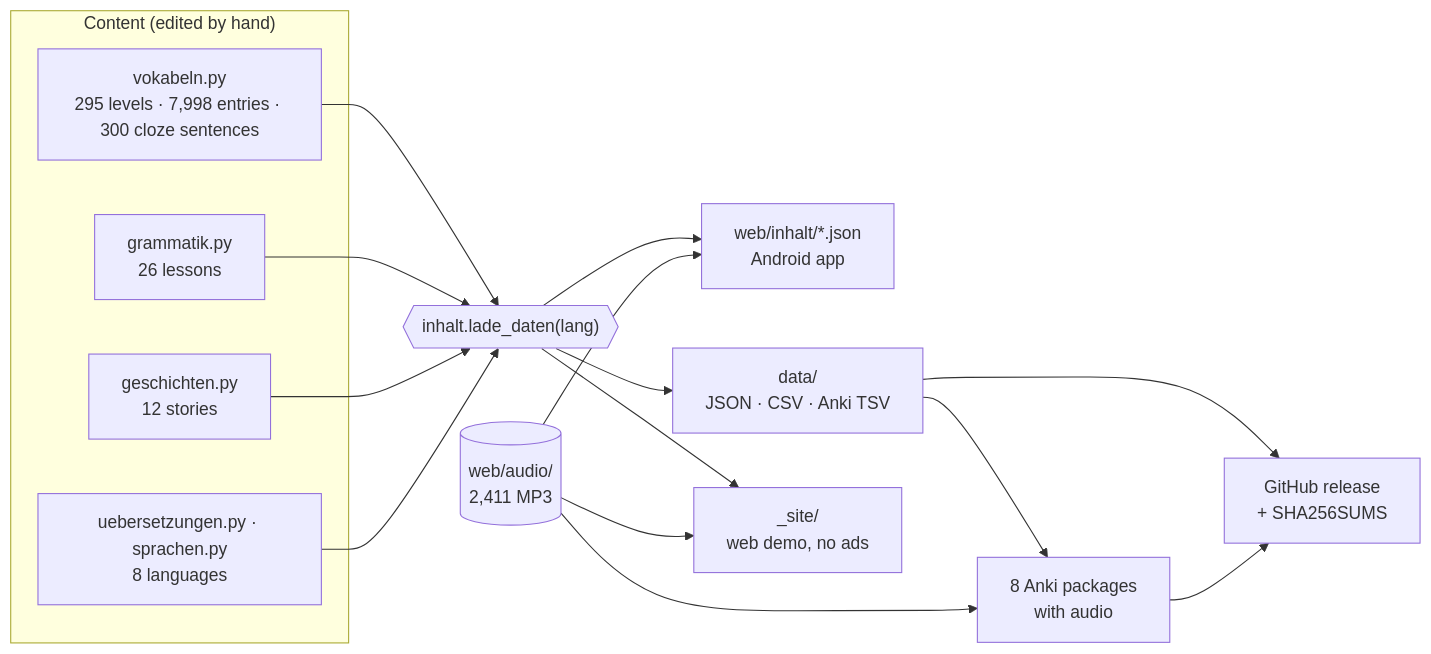
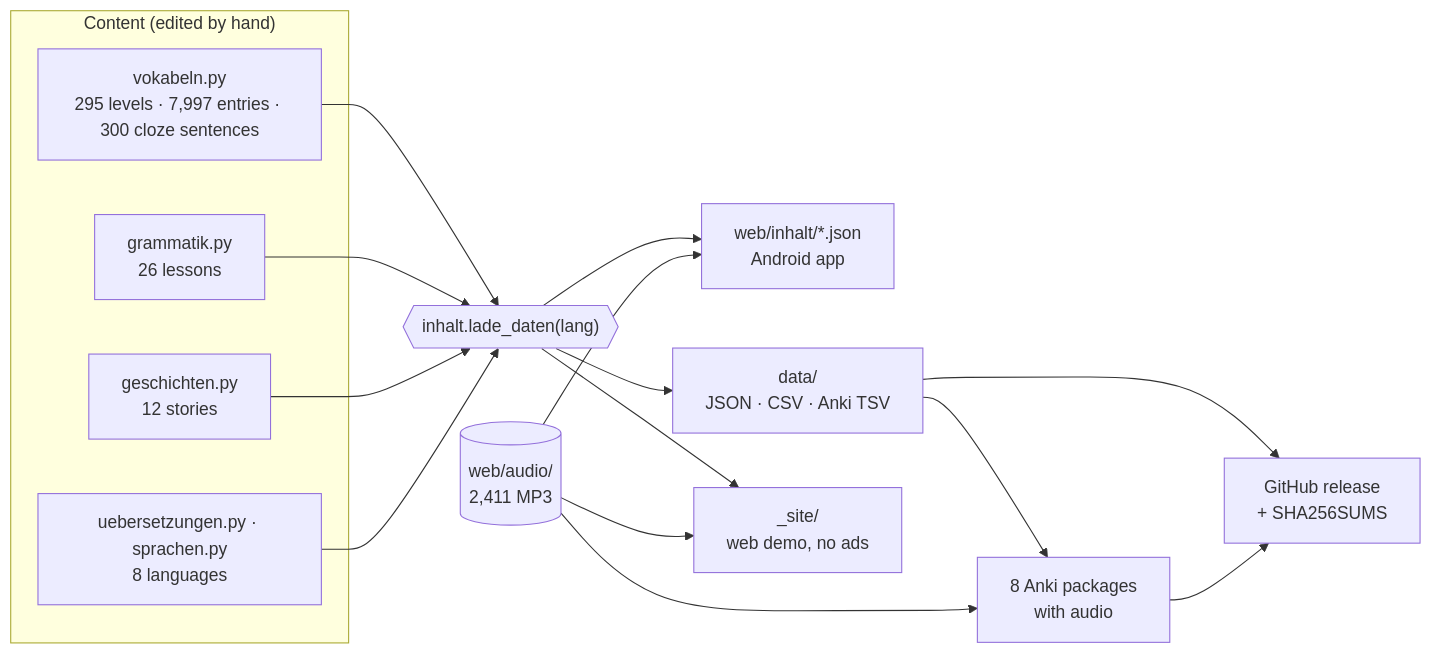
The first of 2 diagrams in README.md (zmaj-lernapp/zmaj), drawn with Mermaid before and after one commit. The commit also changed other lines of this file and 50 other files, not shown here.

````diff
--- a/README.md
+++ b/README.md
@@ -130,19 +130,19 @@
 ```mermaid
 flowchart LR
   subgraph src["Content (edited by hand)"]
-    V["vokabeln.py<br/>295 levels · 7,998 entries · 300 cloze sentences"]
+    V["vokabeln.py<br/>295 levels · 7,997 entries · 300 cloze sentences"]
     G["grammatik.py<br/>26 lessons"]
     S["geschichten.py<br/>12 stories"]
     U["uebersetzungen.py · sprachen.py<br/>8 languages"]
   end
   L{{"inhalt.lade_daten(lang)"}}
   V & G & S & U --> L
   A[("web/audio/<br/>2,411 MP3")]
   L --> APP["web/inhalt/*.json<br/>Android app"]
   L --> DS["data/<br/>JSON · CSV · Anki TSV"]
   L --> DEMO["_site/<br/>web demo, no ads"]
   DS --> ANKI["8 Anki packages<br/>with audio"]
   A --> APP & DEMO & ANKI
   DS --> REL["GitHub release<br/>+ SHA256SUMS"]
   ANKI --> REL
 ```
````
